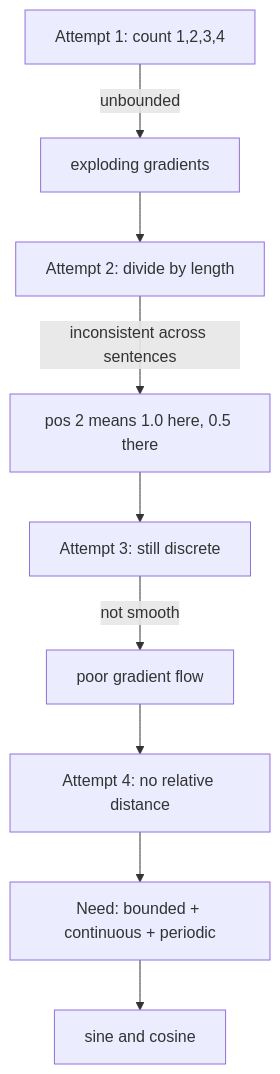
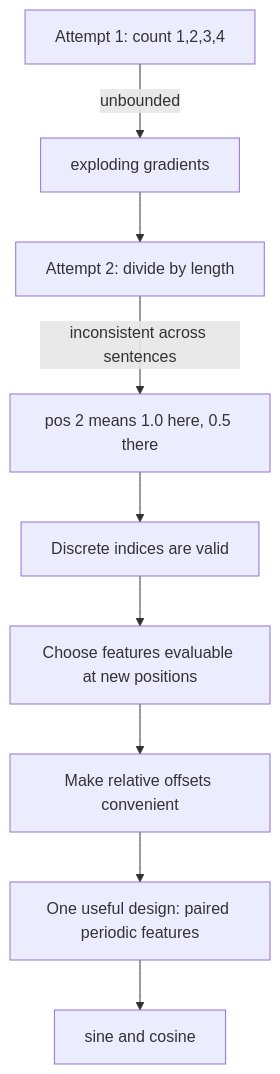
One commit to alliedbrother/ml-interview-notes changed the first of 4 diagrams in content/courses/transformers/05-positional-encodings.md. Above: the diagram before and after it, drawn with Mermaid. The commit also changed other lines of this file and 217 other files, not shown here.

````diff
--- a/content/courses/transformers/05-positional-encodings.md
+++ b/content/courses/transformers/05-positional-encodings.md
@@ -98,11 +99,11 @@
 ```mermaid
 flowchart TD
     A1["Attempt 1: count 1,2,3,4"] -->|unbounded| P1["exploding gradients"]
     P1 --> A2["Attempt 2: divide by length"]
     A2 -->|inconsistent across sentences| P2["pos 2 means 1.0 here, 0.5 there"]
-    P2 --> A3["Attempt 3: still discrete"]
-    A3 -->|not smooth| P3["poor gradient flow"]
-    P3 --> A4["Attempt 4: no relative distance"]
-    A4 --> REQ["Need: bounded + continuous + periodic"]
+    P2 --> A3["Discrete indices are valid"]
+    A3 --> P3["Choose features evaluable at new positions"]
+    P3 --> A4["Make relative offsets convenient"]
+    A4 --> REQ["One useful design: paired periodic features"]
     REQ --> SIN["sine and cosine"]
 ```
````
